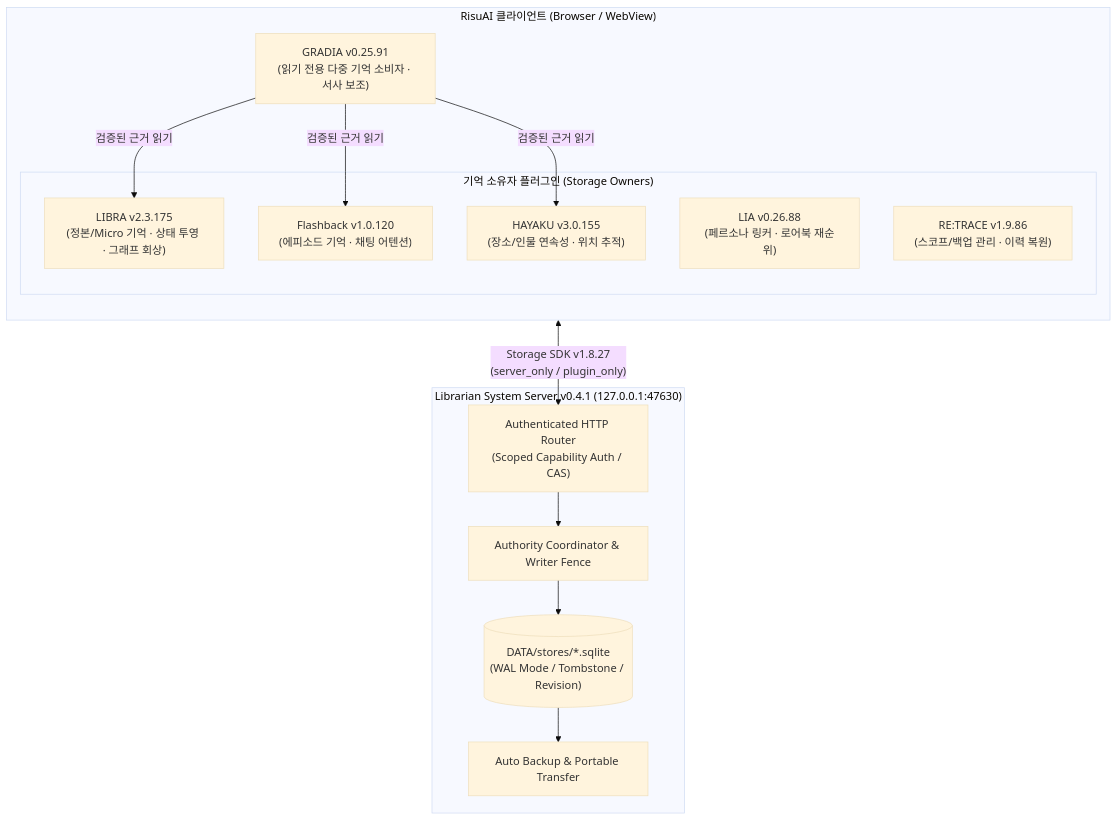
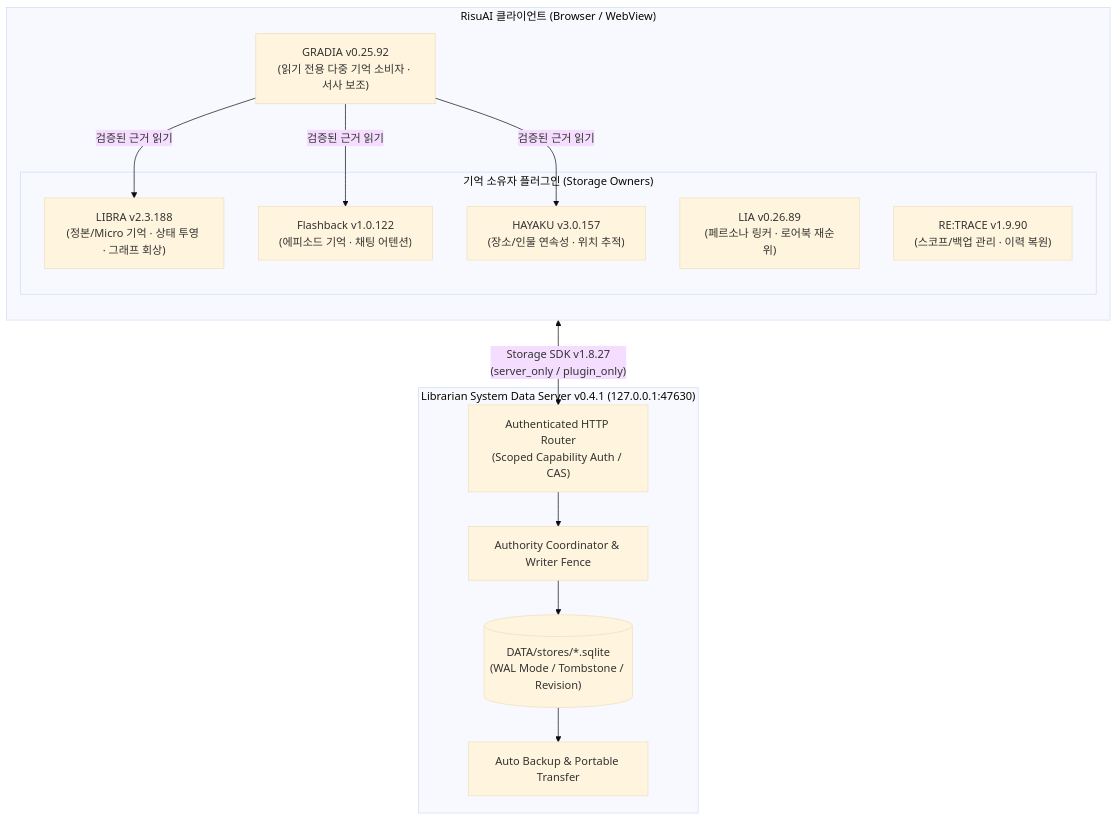
One commit to rusinus12-droid/Librarian-System changed the diagram in README.md. Above: the diagram before and after it, drawn with Mermaid (base theme). The commit also changed other lines of this file, not shown here.

````diff
--- a/README.md
+++ b/README.md
@@ -40,26 +40,26 @@
 ```mermaid
 flowchart TB
     subgraph Host["RisuAI 클라이언트 (Browser / WebView)"]
         direction TB
         subgraph Owners["기억 소유자 플러그인 (Storage Owners)"]
-            LIBRA["LIBRA v2.3.175<br/>(정본/Micro 기억 · 상태 투영 · 그래프 회상)"]
-            FB["Flashback v1.0.120<br/>(에피소드 기억 · 채팅 어텐션)"]
-            HAYAKU["HAYAKU v3.0.155<br/>(장소/인물 연속성 · 위치 추적)"]
-            LIA["LIA v0.26.88<br/>(페르소나 링커 · 로어북 재순위)"]
-            RETRACE["RE:TRACE v1.9.86<br/>(스코프/백업 관리 · 이력 복원)"]
+            LIBRA["LIBRA v2.3.188<br/>(정본/Micro 기억 · 상태 투영 · 그래프 회상)"]
+            FB["Flashback v1.0.122<br/>(에피소드 기억 · 채팅 어텐션)"]
+            HAYAKU["HAYAKU v3.0.157<br/>(장소/인물 연속성 · 위치 추적)"]
+            LIA["LIA v0.26.89<br/>(페르소나 링커 · 로어북 재순위)"]
+            RETRACE["RE:TRACE v1.9.90<br/>(스코프/백업 관리 · 이력 복원)"]
         end
-        GRADIA["GRADIA v0.25.91<br/>(읽기 전용 다중 기억 소비자 · 서사 보조)"]
+        GRADIA["GRADIA v0.25.92<br/>(읽기 전용 다중 기억 소비자 · 서사 보조)"]
         GRADIA -->|검증된 근거 읽기| LIBRA & FB & HAYAKU
     end
 
-    subgraph Server["Librarian System Server v0.4.1 (127.0.0.1:47630)"]
+    subgraph Server["Librarian System Data Server v0.4.1 (127.0.0.1:47630)"]
         Router["Authenticated HTTP Router<br/>(Scoped Capability Auth / CAS)"]
         Coord["Authority Coordinator & Writer Fence"]
         SQLite[("DATA/stores/*.sqlite<br/>(WAL Mode / Tombstone / Revision)")]
         Backup["Auto Backup & Portable Transfer"]
         Router --> Coord --> SQLite
         SQLite --> Backup
     end
 
     Owners <-->|"Storage SDK v1.8.27<br/>(server_only / plugin_only)"| Router
 ```
````
